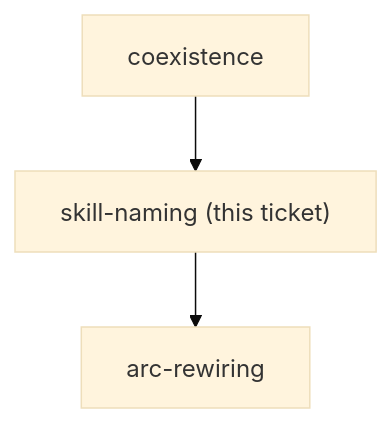
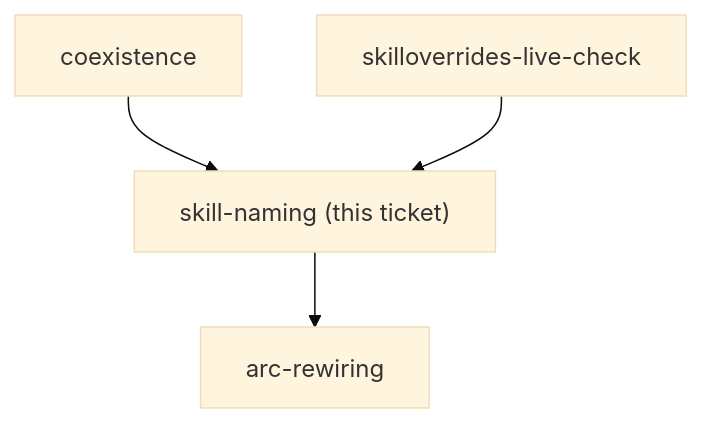
The diagram in docs/decision-map/superpowers-review-to-scrutinize/tickets/skill-naming.md (ThodsaphonSonthiphin/workflow-daily-work), drawn with Mermaid (base theme) before and after one commit. The commit also changed other lines of this file and 6 other files, not shown here.

````diff
--- a/docs/decision-map/superpowers-review-to-scrutinize/tickets/skill-naming.md
+++ b/docs/decision-map/superpowers-review-to-scrutinize/tickets/skill-naming.md
@@ -12,6 +12,7 @@
 ```mermaid
 graph TD
     ME["skill-naming (this ticket)"]
     P0["coexistence"] --> ME
+    P1["skilloverrides-live-check"] --> ME
     ME --> C0["arc-rewiring"]
 ```
````
